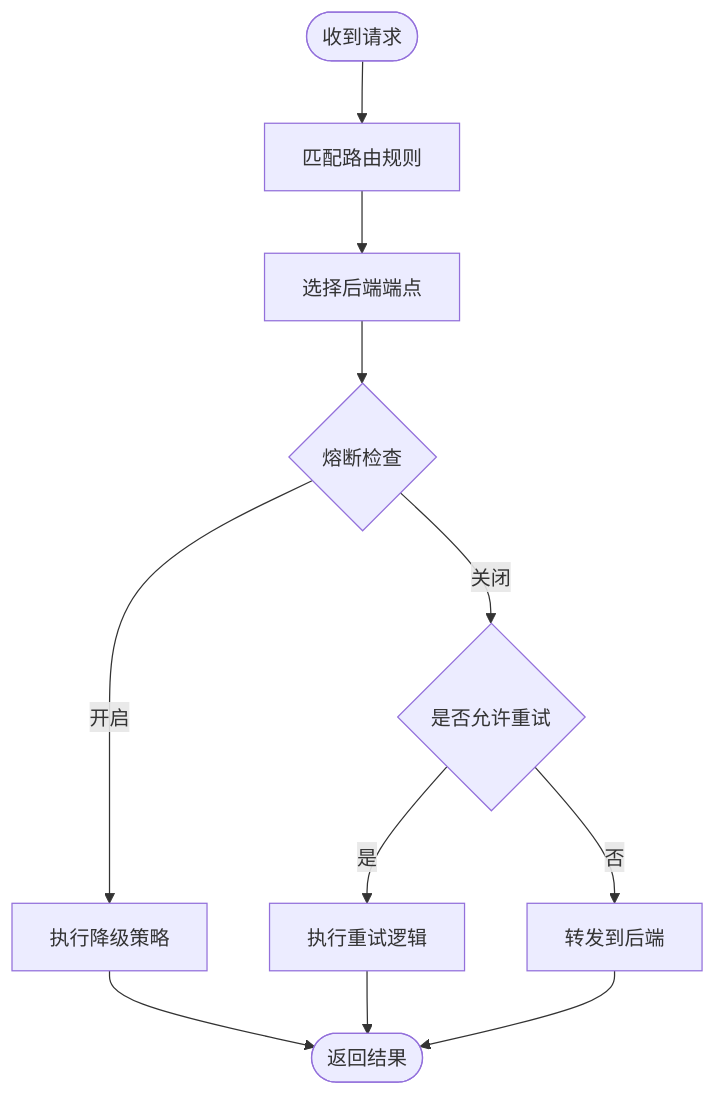
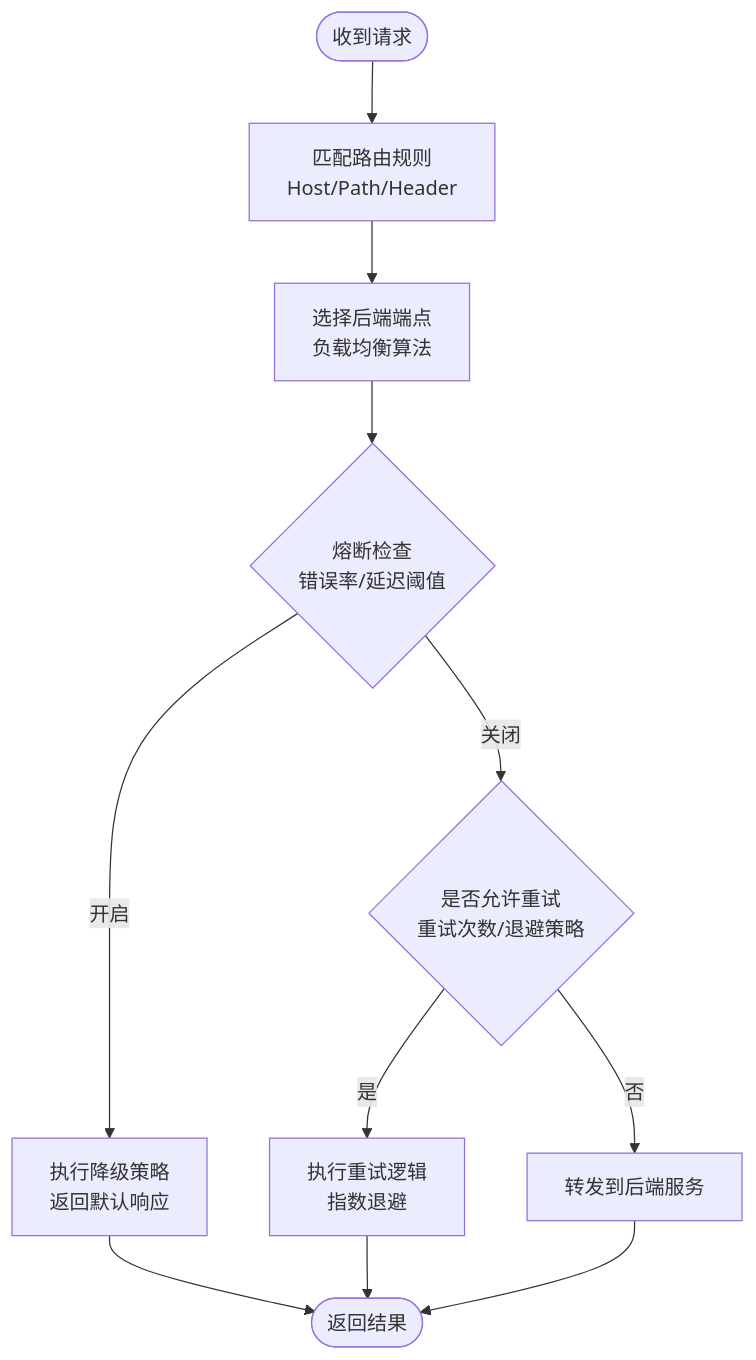
Before and after one commit to nianjiang/nianjiang.github.io: the fourth of 7 diagrams in .qoder/repowiki/zh/content/技术文档体系/Istio服务网格/Istio服务网格.md, drawn with Mermaid. The commit also changed other lines of this file and 21 other files, not shown here.

````diff
--- a/.qoder/repowiki/zh/content/技术文档体系/Istio服务网格/Istio服务网格.md
+++ b/.qoder/repowiki/zh/content/技术文档体系/Istio服务网格/Istio服务网格.md
@@ -144,13 +173,13 @@
 ```mermaid
 flowchart TD
-Start(["收到请求"]) --> Match["匹配路由规则"]
-Match --> LB["选择后端端点"]
-LB --> Circuit{"熔断检查"}
-Circuit --> |开启| Fallback["执行降级策略"]
-Circuit --> |关闭| RetryCheck{"是否允许重试"}
-RetryCheck --> |是| Retry["执行重试逻辑"]
-RetryCheck --> |否| Forward["转发到后端"]
+Start(["收到请求"]) --> Match["匹配路由规则<br/>Host/Path/Header"]
+Match --> LB["选择后端端点<br/>负载均衡算法"]
+LB --> Circuit{"熔断检查<br/>错误率/延迟阈值"}
+Circuit --> |开启| Fallback["执行降级策略<br/>返回默认响应"]
+Circuit --> |关闭| RetryCheck{"是否允许重试<br/>重试次数/退避策略"}
+RetryCheck --> |是| Retry["执行重试逻辑<br/>指数退避"]
+RetryCheck --> |否| Forward["转发到后端服务"]
 Fallback --> End(["返回结果"])
 Retry --> End
 Forward --> End
 ```
````
